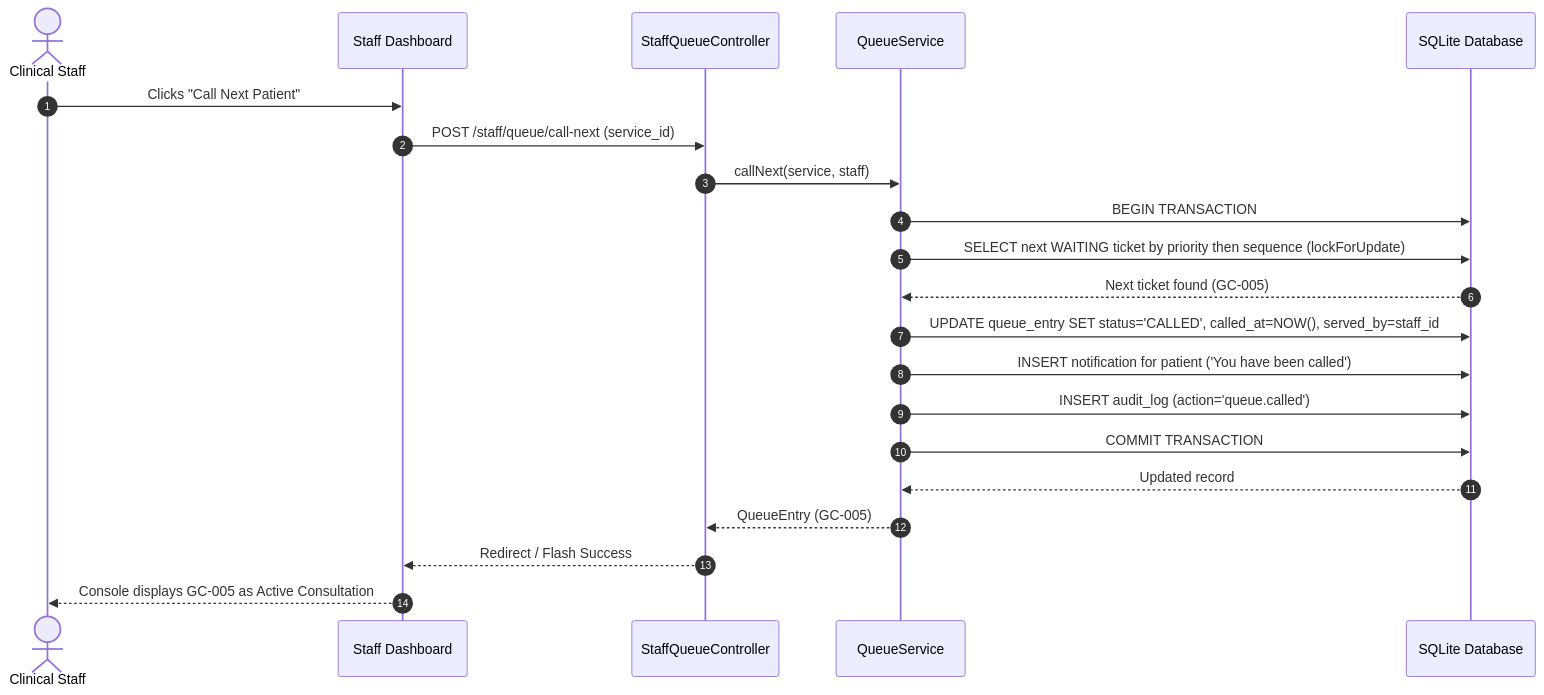
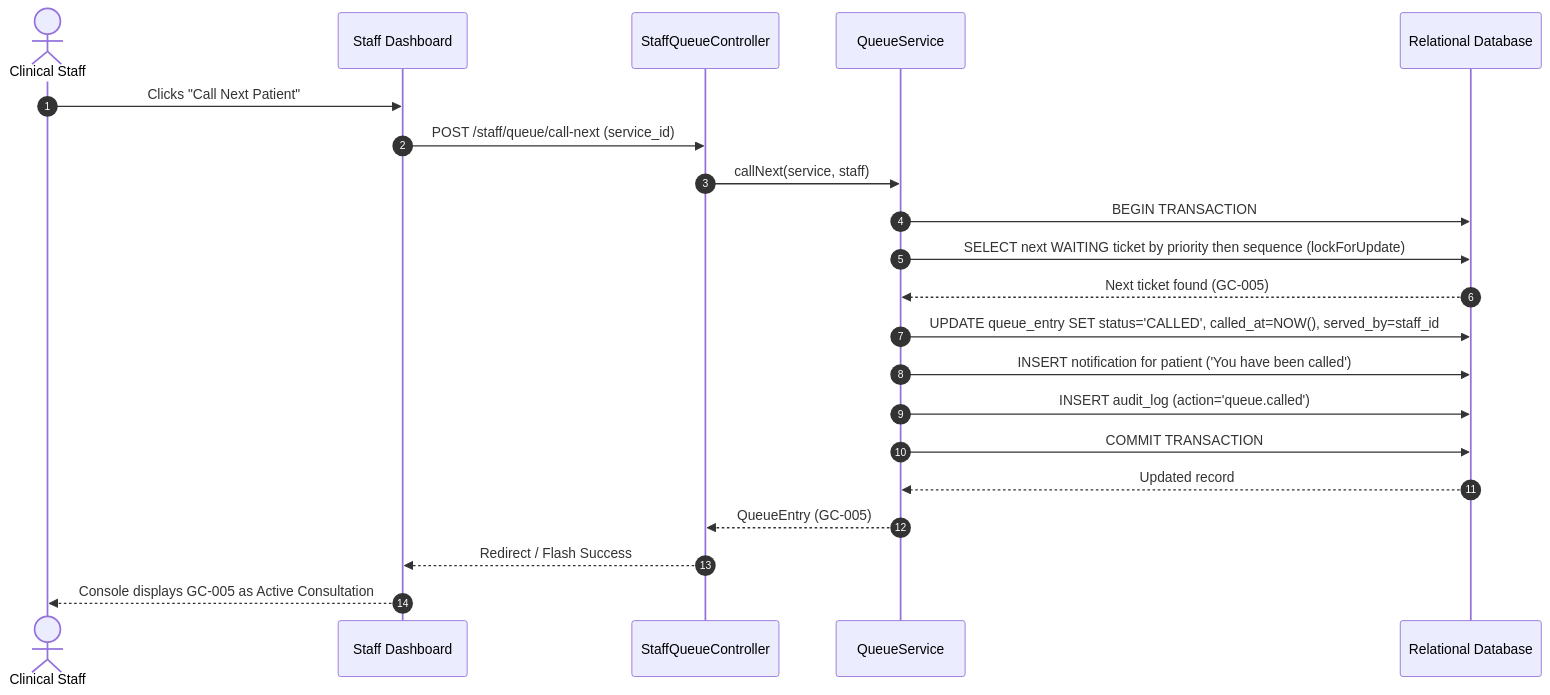
One commit to mhiskall282/MediQueue changed the sixth of 7 diagrams in docs/system-design.md. Above: the diagram before and after it, drawn with Mermaid. The commit also changed other lines of this file, not shown here.

Commit message:
docs(mermaid): fix GitHub markdown rendering compatibility for system context and architecture diagrams

````diff
--- a/docs/system-design.md
+++ b/docs/system-design.md
@@ -251,24 +245,24 @@
 ```mermaid
 sequenceDiagram
     autonumber
     actor Staff as Clinical Staff
     participant Browser as Staff Dashboard
     participant Controller as StaffQueueController
     participant Service as QueueService
-    participant DB as SQLite Database
+    participant DB as Relational Database
 
     Staff->>Browser: Clicks "Call Next Patient"
     Browser->>Controller: POST /staff/queue/call-next (service_id)
     Controller->>Service: callNext(service, staff)
     Service->>DB: BEGIN TRANSACTION
     Service->>DB: SELECT next WAITING ticket by priority then sequence (lockForUpdate)
     DB-->>Service: Next ticket found (GC-005)
     Service->>DB: UPDATE queue_entry SET status='CALLED', called_at=NOW(), served_by=staff_id
     Service->>DB: INSERT notification for patient ('You have been called')
     Service->>DB: INSERT audit_log (action='queue.called')
     Service->>DB: COMMIT TRANSACTION
     DB-->>Service: Updated record
     Service-->>Controller: QueueEntry (GC-005)
     Controller-->>Browser: Redirect / Flash Success
     Browser-->>Staff: Console displays GC-005 as Active Consultation
 ```
````
